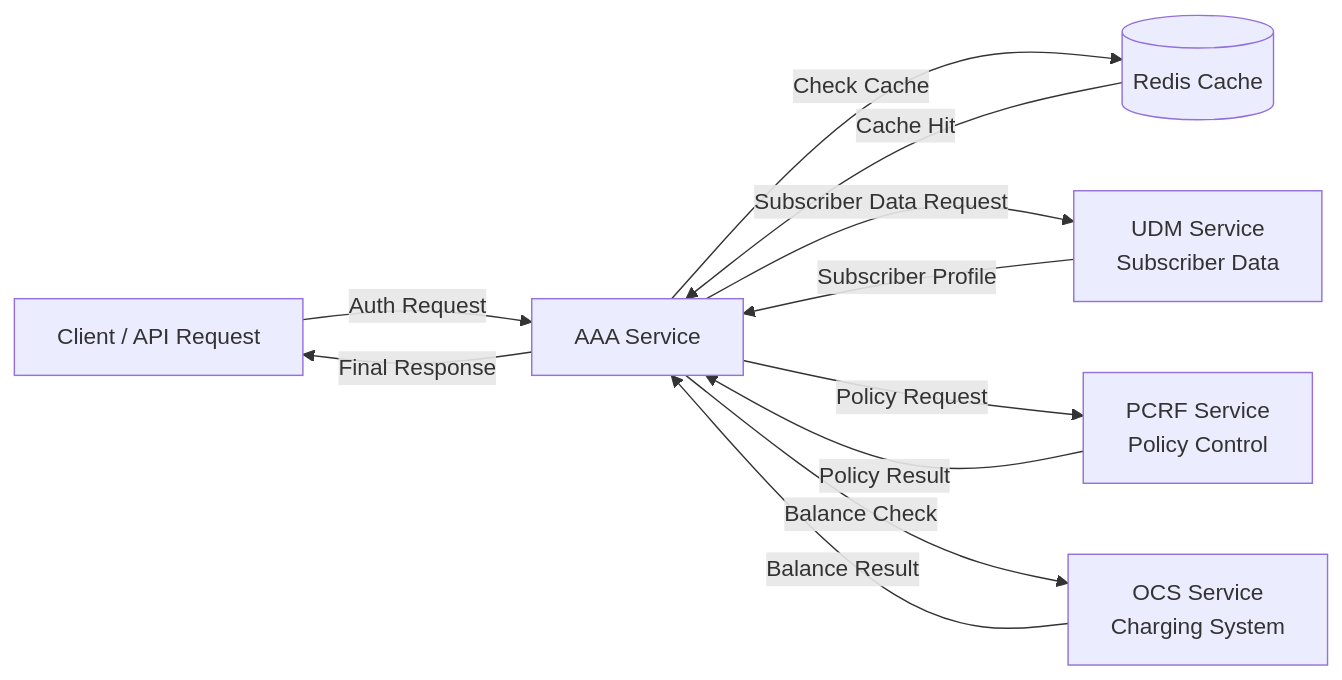
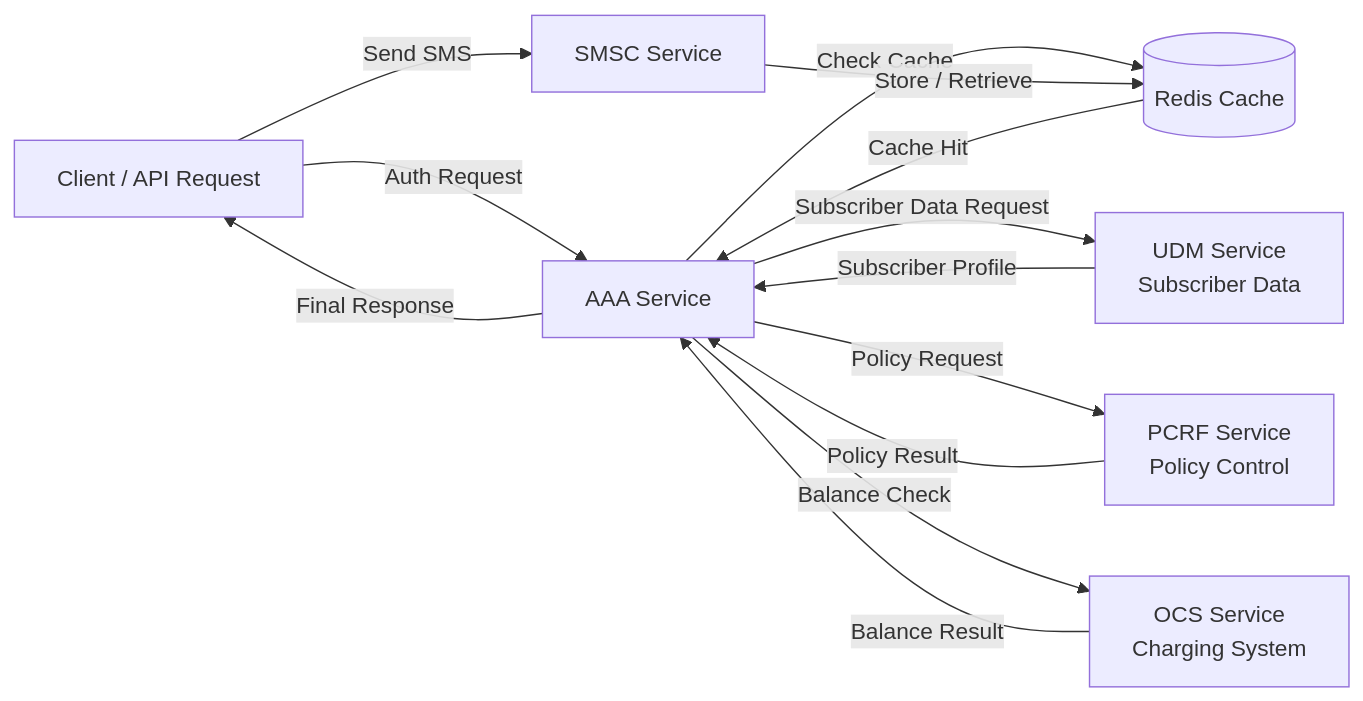
One commit to marijan-madunic/telecom-lab changed the diagram in README.md. Above: the diagram before and after it, drawn with Mermaid. The commit also changed other lines of this file and 6 other files, not shown here.

````diff
--- a/README.md
+++ b/README.md
@@ -53,26 +53,29 @@
 ```mermaid
 flowchart LR
 
     Client[Client / API Request]
 
     AAA[AAA Service]
     Redis[(Redis Cache)]
     UDM[UDM Service<br/>Subscriber Data]
     PCRF[PCRF Service<br/>Policy Control]
     OCS[OCS Service<br/>Charging System]
+    SMSC[SMSC Service]
 
     Client -->|Auth Request| AAA
 
     AAA -->|Check Cache| Redis
     Redis -->|Cache Hit| AAA
 
     AAA -->|Subscriber Data Request| UDM
     AAA -->|Policy Request| PCRF
     AAA -->|Balance Check| OCS
 
     UDM -->|Subscriber Profile| AAA
     PCRF -->|Policy Result| AAA
     OCS -->|Balance Result| AAA
 
     AAA -->|Final Response| Client
+    Client -->|Send SMS| SMSC
+    SMSC -->|Store / Retrieve| Redis
 ```
````
